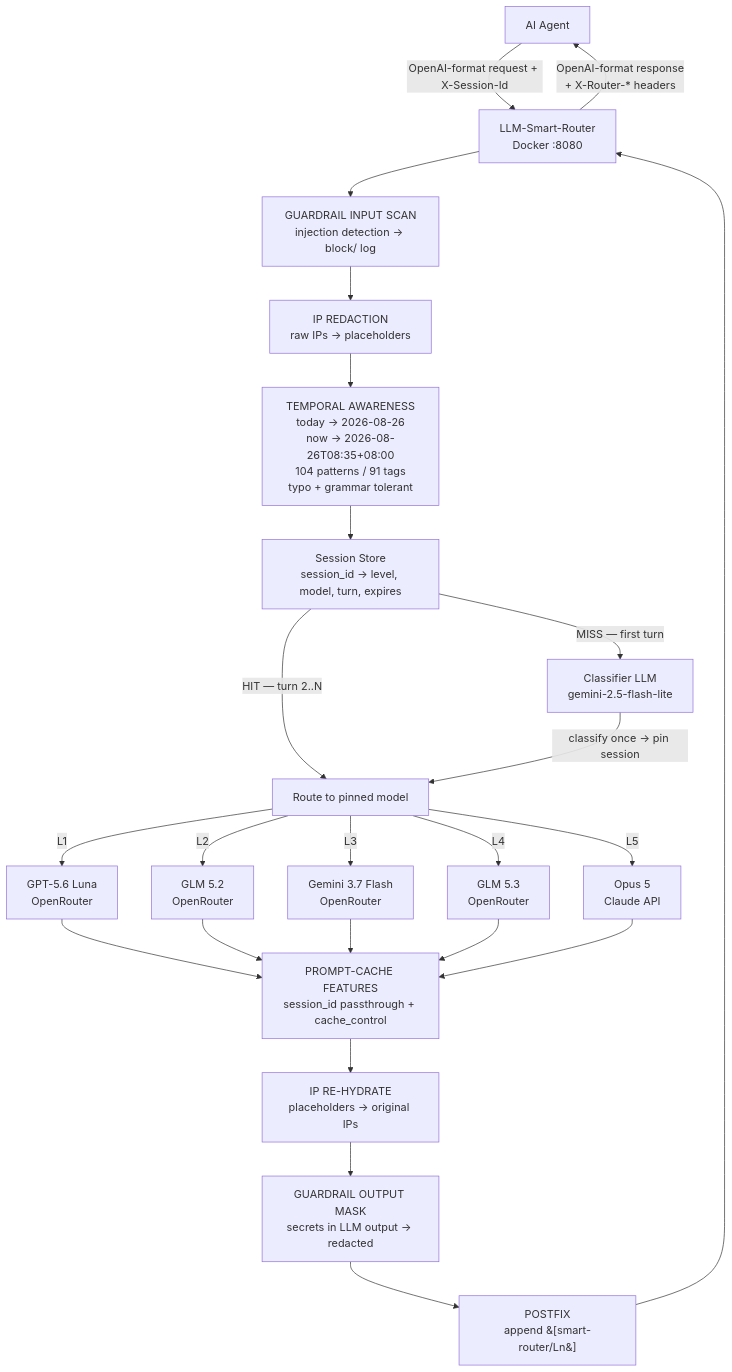
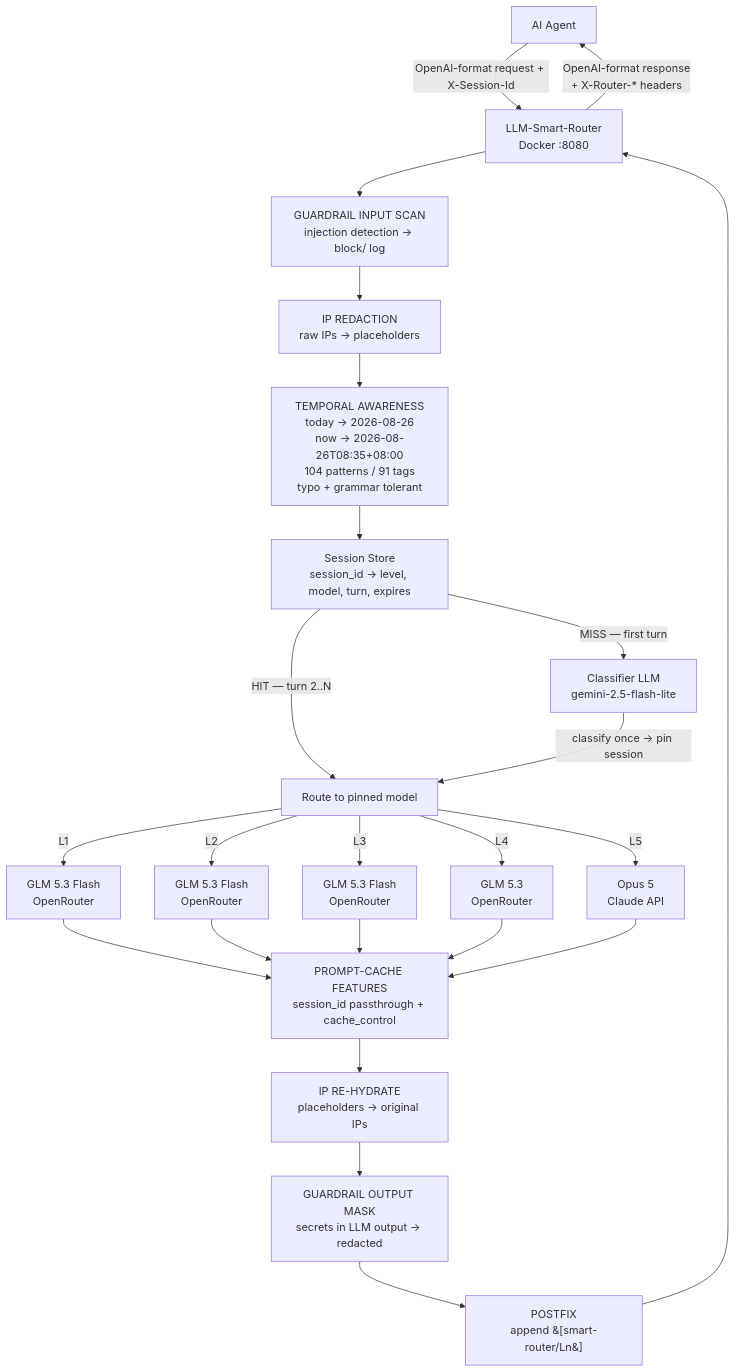
One commit to Green-Needle-Tech/llm-smart-router changed the first of 2 diagrams in llm-smart-router-spec.md. Above: the diagram before and after it, drawn with Mermaid. The commit also changed other lines of this file and 2 other files, not shown here.

Commit message:
docs+config: v2.10.0 — switch L1–L3 tiers to z-ai/glm-5.3-flash
- L1: openai/gpt-5.6-luna -> z-ai/glm-5.3-flash
- L2: z-ai/glm-5.2 -> z-ai/glm-5.3-flash
- L3: google/gemini-3.7-flash -> z-ai/glm-5.3-flash
- Fallbacks, temperatures, cost caps unchanged
- README + spec tier diagrams updated, What's New section added
- 409 unit tests pass; live probes on L1/L2/L3 verified

````diff
--- a/llm-smart-router-spec.md
+++ b/llm-smart-router-spec.md
@@ -40,30 +40,30 @@
 ```mermaid
 flowchart TD
     A[AI Agent] -->|"OpenAI-format request + X-Session-Id"| B["LLM-Smart-Router<br/>Docker :8080"]
     B -->|"OpenAI-format response<br/>+ X-Router-* headers"| A
     B --> G["GUARDRAIL INPUT SCAN<br/>injection detection → block/ log"]
     G --> P["IP REDACTION<br/>raw IPs → placeholders"]
     P --> P2T["TEMPORAL AWARENESS\ntoday → 2026-08-26\nnow → 2026-08-26T08:35+08:00\n104 patterns / 91 tags\ntypo + grammar tolerant"]
     P2T --> S["Session Store<br/>session_id → level, model, turn, expires"]
 
     S -->|"MISS — first turn"| C["Classifier LLM<br/>gemini-2.5-flash-lite"]
     S -->|"HIT — turn 2..N"| R["Route to pinned model"]
 
     C -->|"classify once → pin session"| R
 
-    R -->|"L1"| M1["GPT-5.6 Luna<br/>OpenRouter"]
-    R -->|"L2"| M2["GLM 5.2<br/>OpenRouter"]
-    R -->|"L3"| M3["Gemini 3.7 Flash<br/>OpenRouter"]
+    R -->|"L1"| M1["GLM 5.3 Flash<br/>OpenRouter"]
+    R -->|"L2"| M2["GLM 5.3 Flash<br/>OpenRouter"]
+    R -->|"L3"| M3["GLM 5.3 Flash<br/>OpenRouter"]
     R -->|"L4"| M4["GLM 5.3<br/>OpenRouter"]
     R -->|"L5"| M5["Opus 5<br/>Claude API"]
 
     M1 --> PC["PROMPT-CACHE FEATURES<br/>session_id passthrough + cache_control"]
     M2 --> PC
     M3 --> PC
     M4 --> PC
     M5 --> PC
     PC --> RH["IP RE-HYDRATE<br/>placeholders → original IPs"]
     RH --> OM["GUARDRAIL OUTPUT MASK<br/>secrets in LLM output → redacted"]
     OM --> PF["POSTFIX<br/>append &#91;smart-router/Ln&#93;"]
     PF --> B
 ```
````
